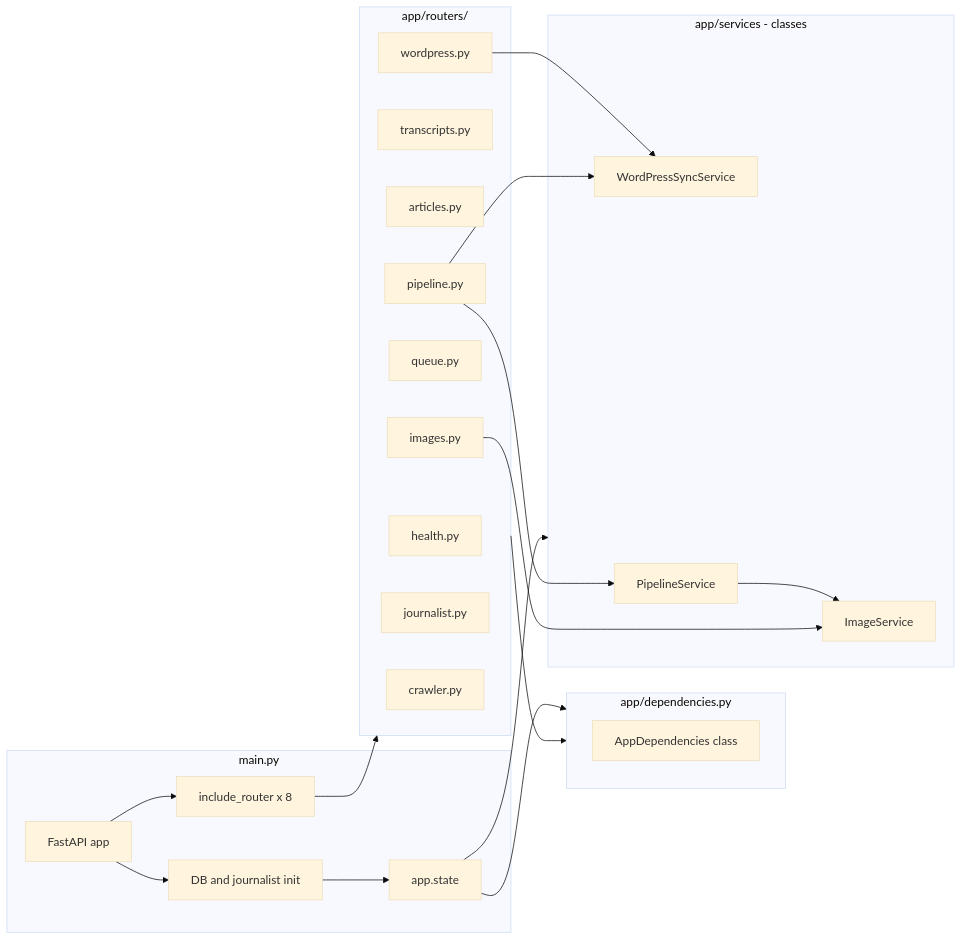
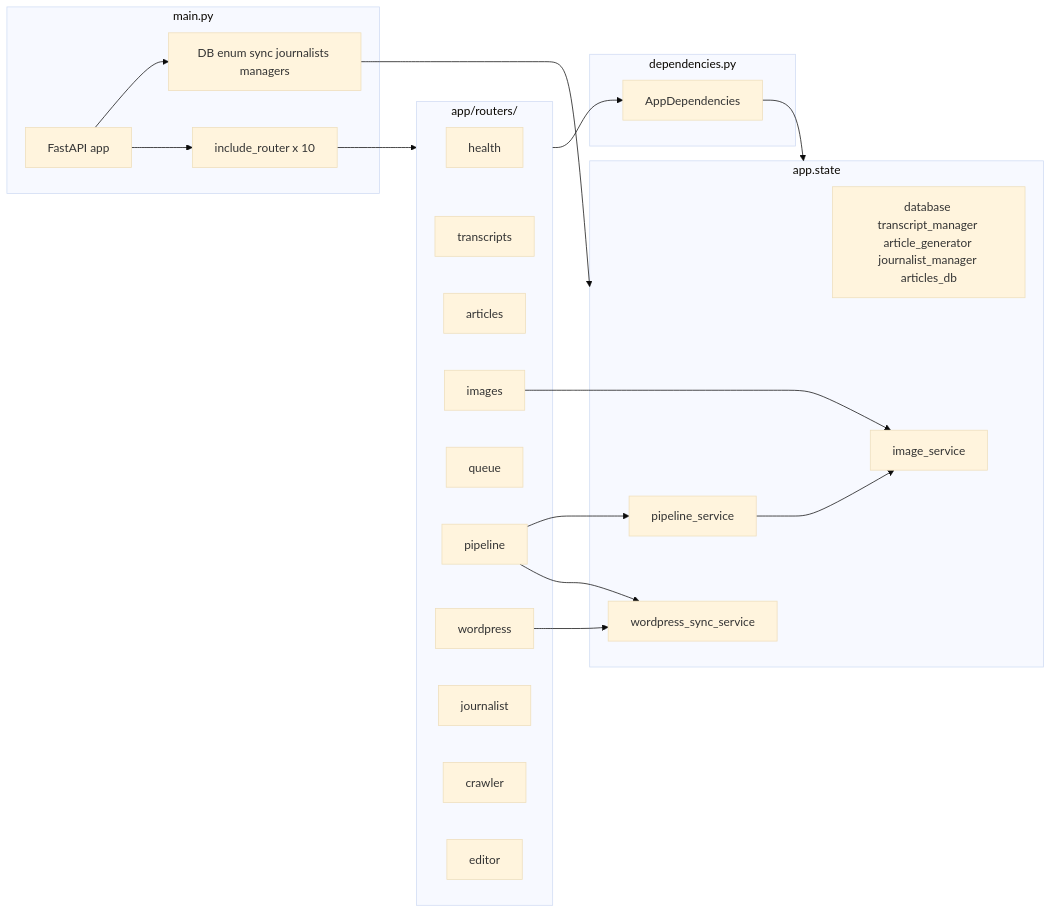
The second of 2 diagrams in README.md (liquidloose/fall-river-mirror), drawn with Mermaid (base theme) before and after one commit. The commit also changed other lines of this file and 148 other files, not shown here.

Commit message:
Huge architecture refactor

````diff
--- a/README.md
+++ b/README.md
@@ -409,40 +411,40 @@
 ```mermaid
 flowchart LR
   subgraph main [main.py]
     App[FastAPI app]
-    Init[DB and journalist init]
-    State[app.state]
-    Mount[include_router x 8]
+    Init[DB enum sync journalists managers]
+    Mount[include_router x 10]
   end
-  subgraph deps [app/dependencies.py]
-    AppDeps[AppDependencies class]
+  subgraph state [app.state]
+    Shared[database transcript_manager article_generator journalist_manager articles_db]
+    WordPressSyncService[wordpress_sync_service]
+    PipelineService[pipeline_service]
+    ImageService[image_service]
+  end
+  subgraph di [dependencies.py]
+    AD[AppDependencies]
   end
   subgraph routers [app/routers/]
-    Health[health.py]
-    Transcripts[transcripts.py]
-    Articles[articles.py]
-    Images[images.py]
-    Queue[queue.py]
-    Pipeline[pipeline.py]
-    WordPress[wordpress.py]
-    Journalist[journalist.py]
-    Crawler[crawler.py]
-  end
-  subgraph services [app/services - classes]
-    WordPressSyncService[WordPressSyncService]
-    PipelineService[PipelineService]
-    ImageService[ImageService]
+    Health[health]
+    Transcripts[transcripts]
+    Articles[articles]
+    Images[images]
+    Queue[queue]
+    Pipeline[pipeline]
+    WordPress[wordpress]
+    Journalist[journalist]
+    Crawler[crawler]
+    Editor[editor]
   end
   App --> Init
-  Init --> State
-  State --> deps
-  State --> services
+  Init --> state
   App --> Mount
   Mount --> routers
-  routers --> deps
+  routers --> AD
+  AD --> state
   WordPress --> WordPressSyncService
   Pipeline --> PipelineService
   Pipeline --> WordPressSyncService
   PipelineService --> ImageService
   Images --> ImageService
 ```
````
